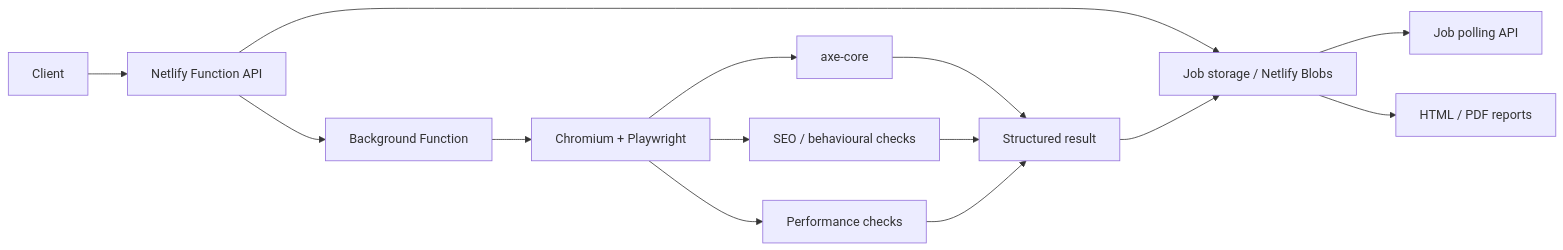
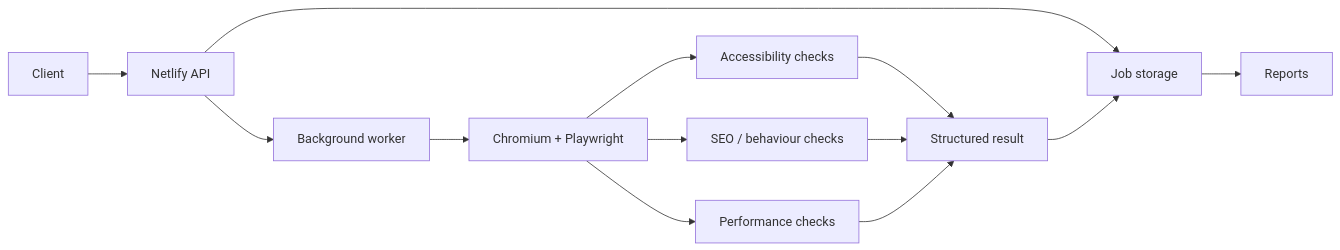
Before and after one commit to cirochiado/accessibility-scanner-cloud: the diagram in README.md, drawn with Mermaid. The commit also changed other lines of this file, not shown here.

````diff
--- a/README.md
+++ b/README.md
@@ -25,16 +41,15 @@
 ```mermaid
 flowchart LR
-    C[Client] --> API[Netlify Function API]
-    API --> JOB[Job storage / Netlify Blobs]
-    API --> BG[Background Function]
+    C[Client] --> API[Netlify API]
+    API --> JOB[Job storage]
+    API --> BG[Background worker]
     BG --> BROWSER[Chromium + Playwright]
-    BROWSER --> AXE[axe-core]
-    BROWSER --> SEO[SEO / behavioural checks]
+    BROWSER --> AXE[Accessibility checks]
+    BROWSER --> SEO[SEO / behaviour checks]
     BROWSER --> PERF[Performance checks]
     AXE --> RESULT[Structured result]
     SEO --> RESULT
     PERF --> RESULT
     RESULT --> JOB
-    JOB --> POLL[Job polling API]
-    JOB --> REPORT[HTML / PDF reports]
+    JOB --> REPORT[Reports]
 ```
````
